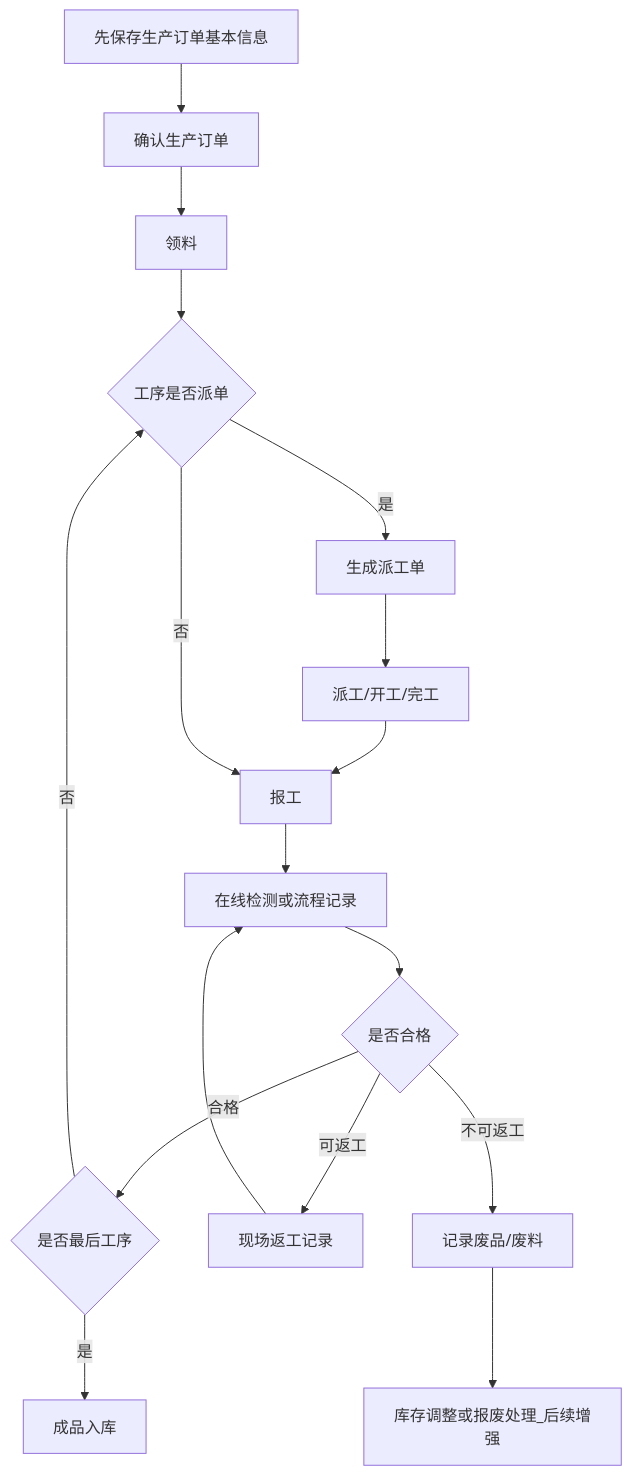
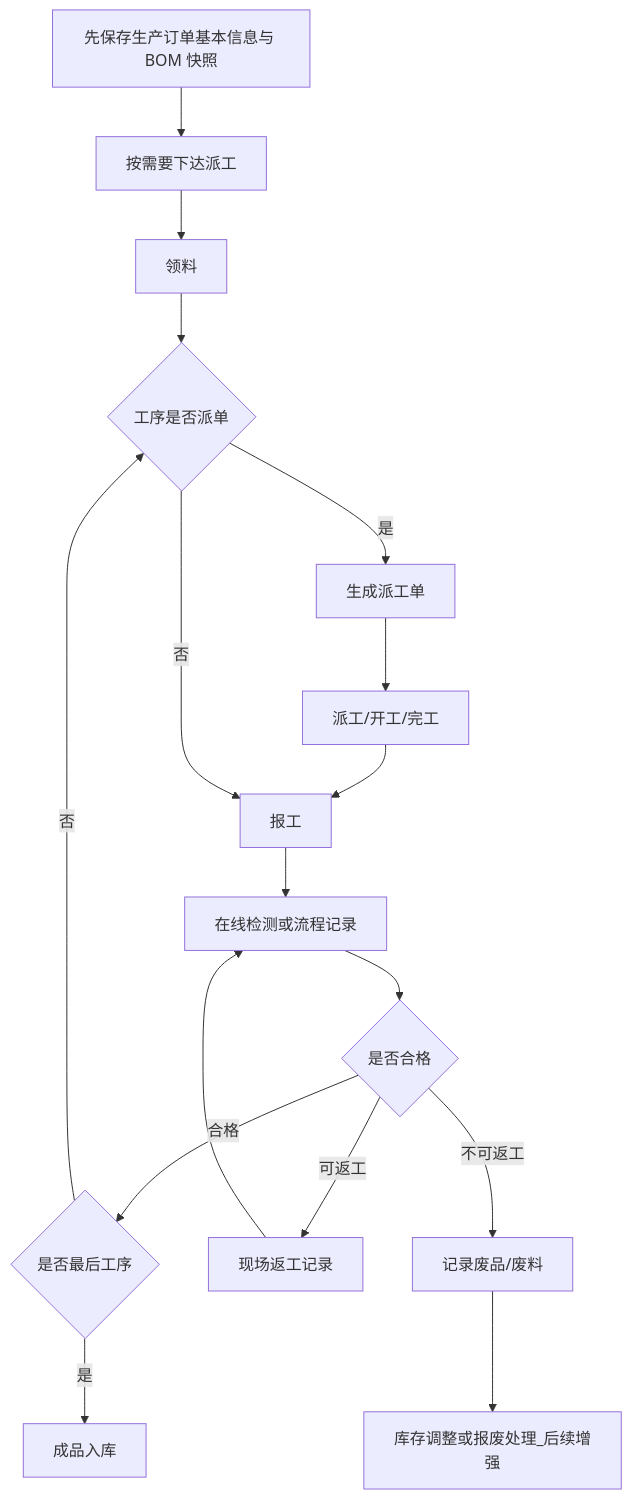
Diagram 12 of 17 in docs/minierp/system-function-flow.md (goldf2/mes-lite), drawn with Mermaid before and after one commit. The commit also changed other lines of this file and 38 other files, not shown here.

````diff
--- a/docs/minierp/system-function-flow.md
+++ b/docs/minierp/system-function-flow.md
@@ -386,19 +386,19 @@
 ```mermaid
 flowchart TD
-  A["先保存生产订单基本信息"] --> B["确认生产订单"]
+  A["先保存生产订单基本信息与 BOM 快照"] --> B["按需要下达派工"]
   B --> C["领料"]
   C --> D{"工序是否派单"}
   D -->|是| E["生成派工单"]
   E --> F["派工/开工/完工"]
   F --> G["报工"]
   D -->|否| G
   G --> H["在线检测或流程记录"]
   H --> I{"是否合格"}
   I -->|合格| J{"是否最后工序"}
   I -->|可返工| K["现场返工记录"]
   K --> H
   I -->|不可返工| L["记录废品/废料"]
   J -->|否| D
   J -->|是| M["成品入库"]
   L --> N["库存调整或报废处理_后续增强"]
 ```
````
